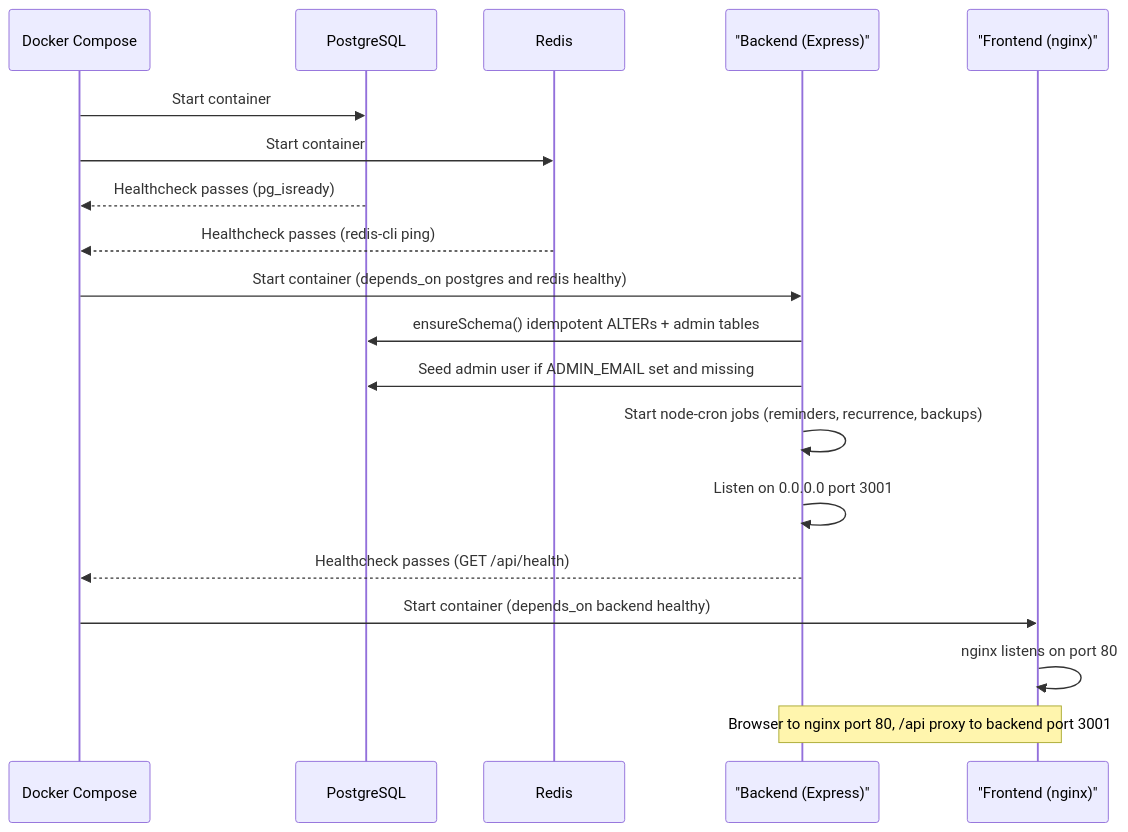
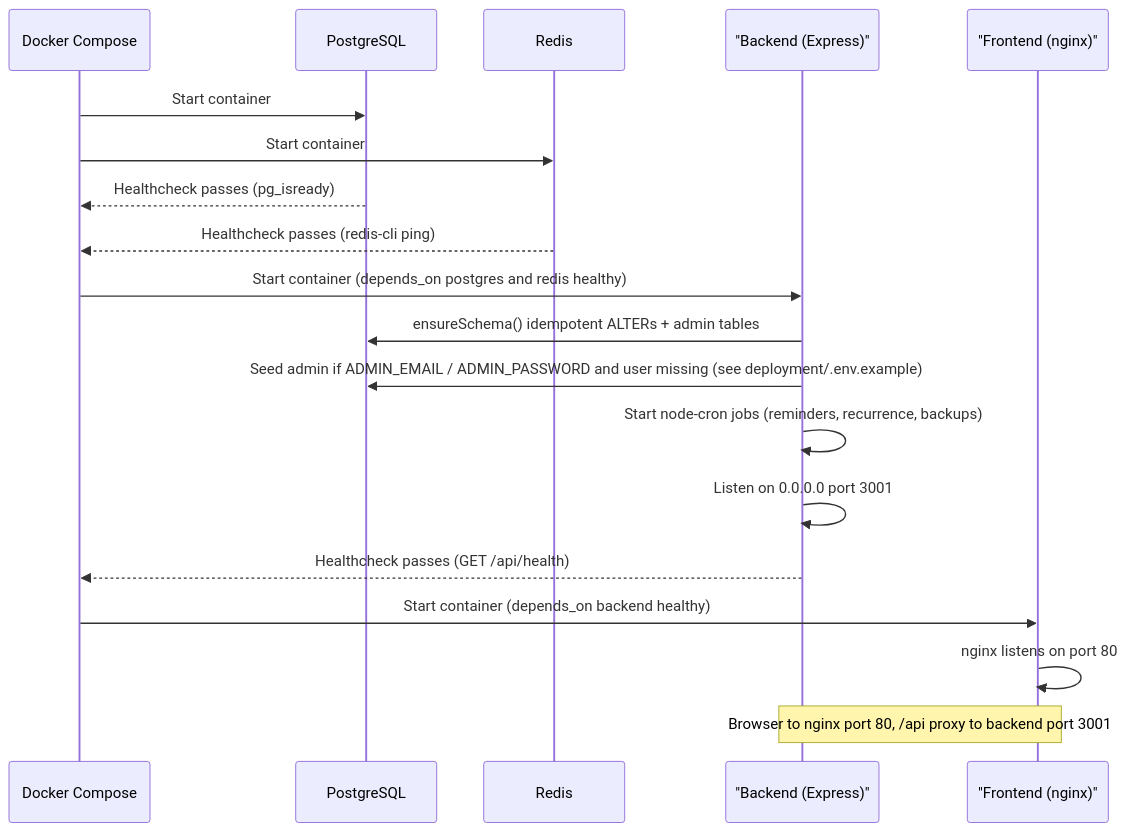
One commit to becomeonewiththecode/invoicing changed the second of 6 diagrams in docs/architecture.md. Above: the diagram before and after it, drawn with Mermaid. The commit also changed 10 other files, not shown here.

First line of the commit message:
docs: document ADMIN_EMAIL/ADMIN_PASSWORD in .env.example across guides

````diff
--- a/docs/architecture.md
+++ b/docs/architecture.md
@@ -116,22 +116,22 @@
 ```mermaid
 sequenceDiagram
     participant DC as Docker Compose
     participant PG as PostgreSQL
     participant RD as Redis
     participant BE as "Backend (Express)"
     participant FE as "Frontend (nginx)"
 
     DC->>PG: Start container
     DC->>RD: Start container
     PG-->>DC: Healthcheck passes (pg_isready)
     RD-->>DC: Healthcheck passes (redis-cli ping)
     DC->>BE: Start container (depends_on postgres and redis healthy)
     BE->>PG: ensureSchema() idempotent ALTERs + admin tables
-    BE->>PG: Seed admin user if ADMIN_EMAIL set and missing
+    BE->>PG: Seed admin if ADMIN_EMAIL / ADMIN_PASSWORD and user missing (see deployment/.env.example)
     BE->>BE: Start node-cron jobs (reminders, recurrence, backups)
     BE->>BE: Listen on 0.0.0.0 port 3001
     BE-->>DC: Healthcheck passes (GET /api/health)
     DC->>FE: Start container (depends_on backend healthy)
     FE->>FE: nginx listens on port 80
     Note over FE,BE: Browser to nginx port 80, /api proxy to backend port 3001
 ```
````
